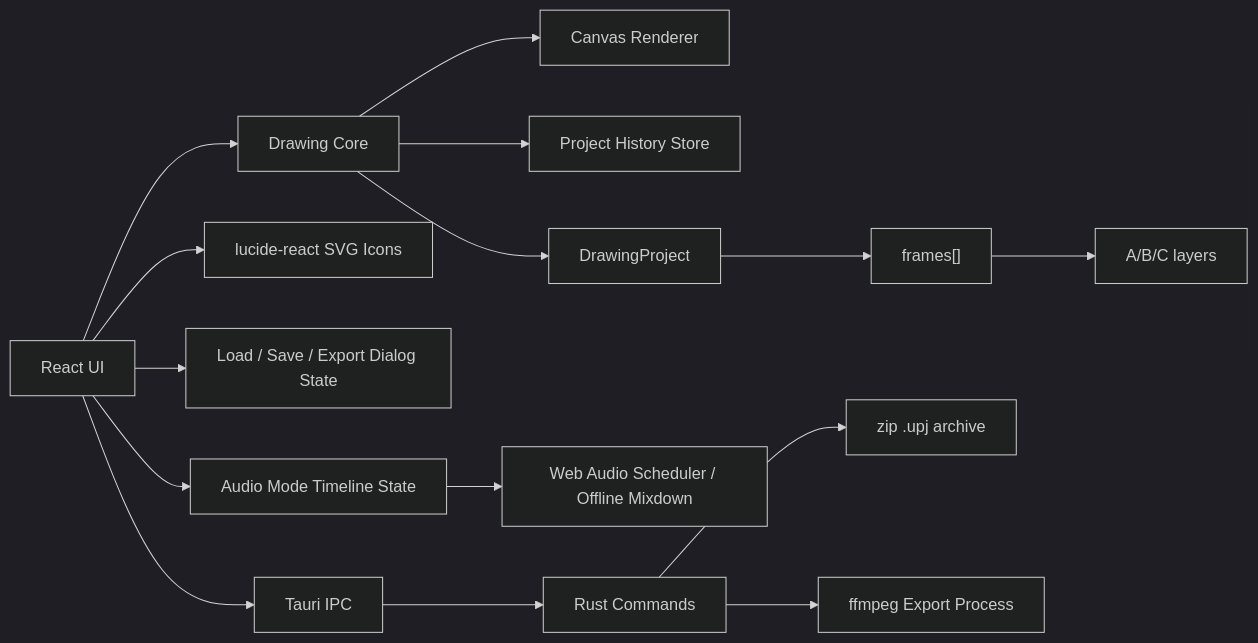
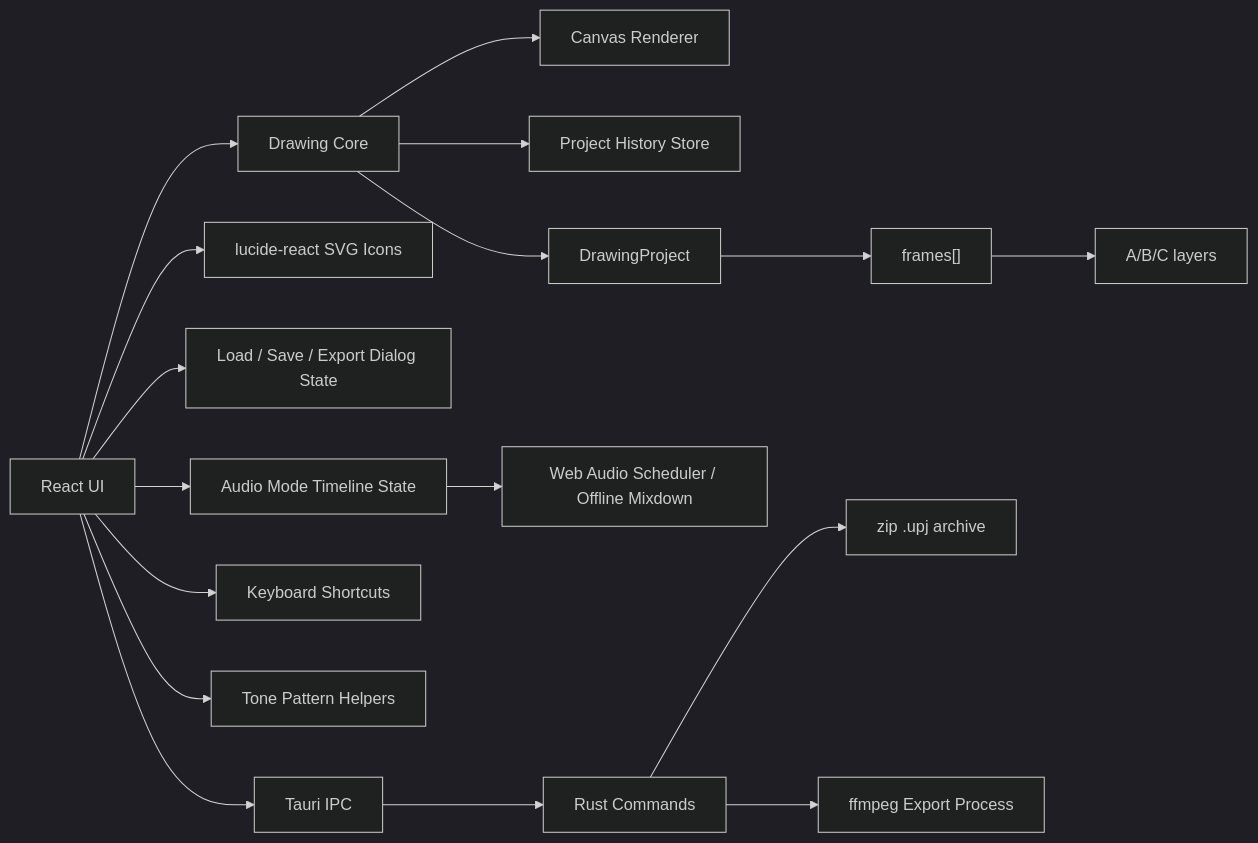
The diagram in docs/DESIGN.md (Enomi-4mg/Project-Ugomemo), drawn with Mermaid (dark theme) before and after one commit. The commit also changed other lines of this file and 9 other files, not shown here.

Commit message:
Improve shortcuts and tone controls

````diff
--- a/docs/DESIGN.md
+++ b/docs/DESIGN.md
@@ -45,17 +45,19 @@
 ```mermaid
 flowchart LR
   UI["React UI"] --> Core["Drawing Core"]
   UI --> Icons["lucide-react SVG Icons"]
   Core --> Renderer["Canvas Renderer"]
   Core --> History["Project History Store"]
   Core --> Project["DrawingProject"]
   Project --> Frames["frames[]"]
   Frames --> Layers["A/B/C layers"]
   UI --> FileDialogs["Load / Save / Export Dialog State"]
   UI --> Audio["Audio Mode Timeline State"]
+  UI --> Shortcuts["Keyboard Shortcuts"]
+  UI --> ToneHelpers["Tone Pattern Helpers"]
   Audio --> WebAudio["Web Audio Scheduler / Offline Mixdown"]
   UI --> IPC["Tauri IPC"]
   IPC --> Rust["Rust Commands"]
   Rust --> UPJ["zip .upj archive"]
   Rust --> FFMPEG["ffmpeg Export Process"]
 ```
````
